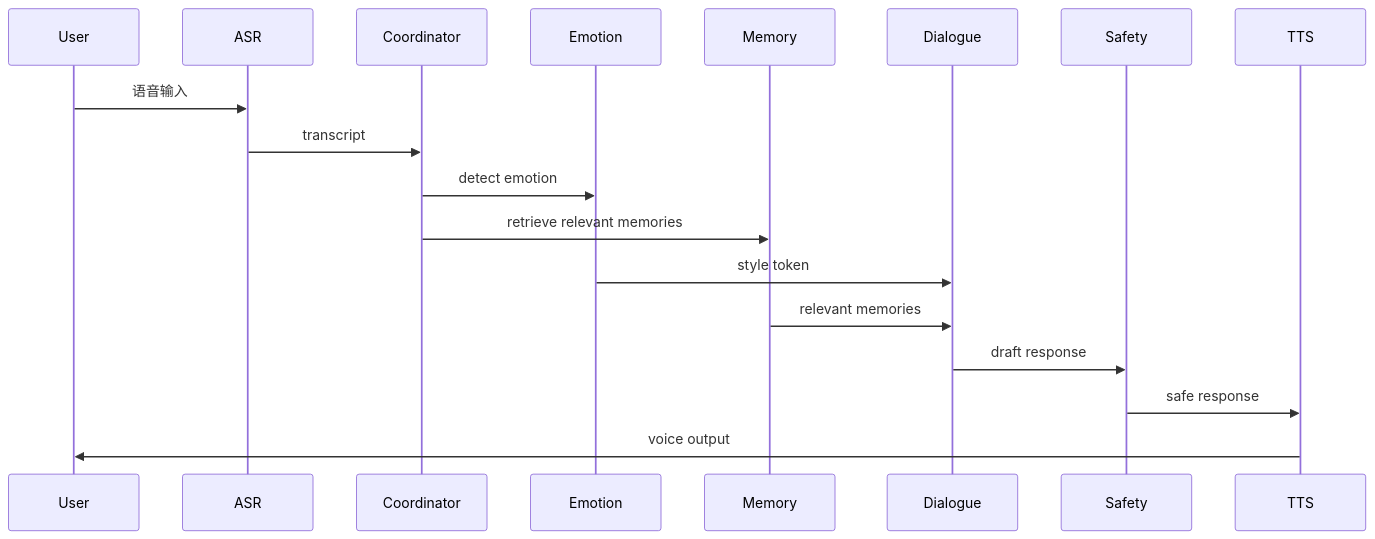
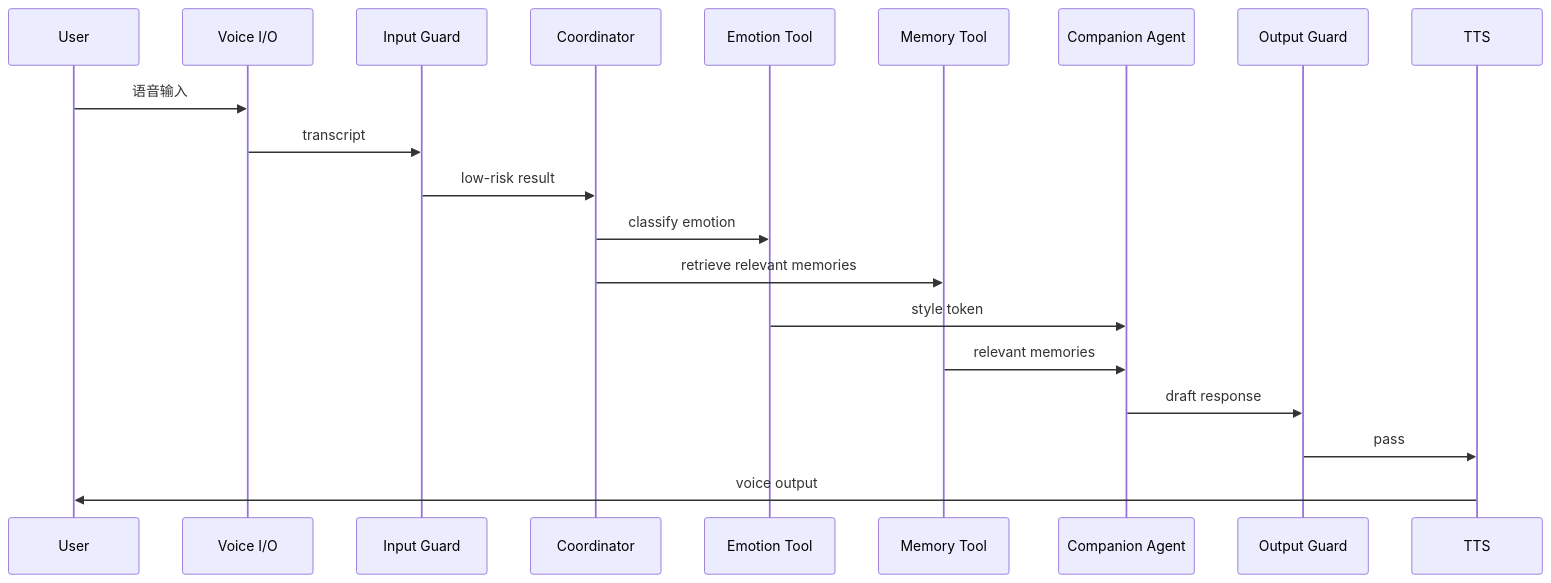
The second of 5 diagrams in 02_technical_roadmap_elderly_multi_agent_companion_ai.md (zhikangSu/nekoneko), drawn with Mermaid before and after one commit. The commit also changed other lines of this file and 4 other files, not shown here.

````diff
--- a/02_technical_roadmap_elderly_multi_agent_companion_ai.md
+++ b/02_technical_roadmap_elderly_multi_agent_companion_ai.md
@@ -564,21 +738,23 @@
 ```mermaid
 sequenceDiagram
     participant U as User
-    participant ASR as ASR
+    participant V as Voice I/O
+    participant IG as Input Guard
     participant C as Coordinator
-    participant E as Emotion
-    participant M as Memory
-    participant D as Dialogue
-    participant S as Safety
+    participant E as Emotion Tool
+    participant M as Memory Tool
+    participant A as Companion Agent
+    participant OG as Output Guard
     participant T as TTS
 
-    U->>ASR: 语音输入
-    ASR->>C: transcript
-    C->>E: detect emotion
+    U->>V: 语音输入
+    V->>IG: transcript
+    IG->>C: low-risk result
+    C->>E: classify emotion
     C->>M: retrieve relevant memories
-    E->>D: style token
-    M->>D: relevant memories
-    D->>S: draft response
-    S->>T: safe response
+    E->>A: style token
+    M->>A: relevant memories
+    A->>OG: draft response
+    OG->>T: pass
     T->>U: voice output
 ```
````
